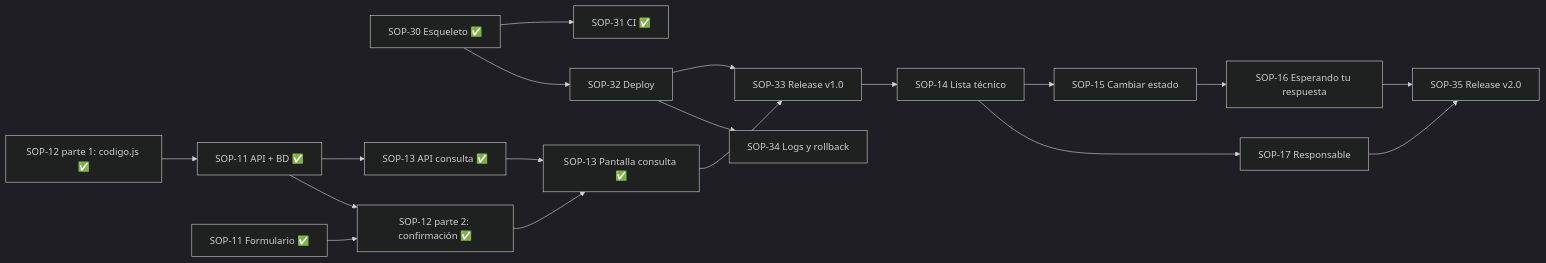
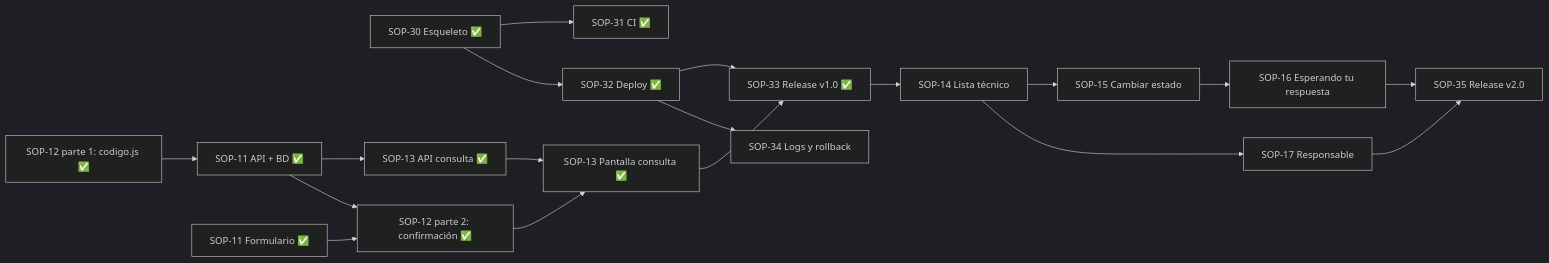
Before and after one commit to plag-soporte-eci/siguetucaso: the diagram in AGENTS.md, drawn with Mermaid (dark theme). The commit also changed other lines of this file and 3 other files, not shown here.

First line of the commit message:
SOP-33 Release v1.0: versión 1.0.0 y enlace de la demo (#17)

````diff
--- a/AGENTS.md
+++ b/AGENTS.md
@@ -183,20 +183,20 @@
 ```mermaid
 flowchart LR
   S30[SOP-30 Esqueleto ✅] --> S31[SOP-31 CI ✅]
-  S30 --> S32[SOP-32 Deploy]
+  S30 --> S32[SOP-32 Deploy ✅]
   S12a[SOP-12 parte 1: codigo.js ✅] --> S11b[SOP-11 API + BD ✅]
   S11b --> S13b[SOP-13 API consulta ✅]
   S11f[SOP-11 Formulario ✅] --> S12b[SOP-12 parte 2: confirmación ✅]
   S11b --> S12b
   S12b --> S13f[SOP-13 Pantalla consulta ✅]
   S13b --> S13f
-  S13f --> S33[SOP-33 Release v1.0]
+  S13f --> S33[SOP-33 Release v1.0 ✅]
   S32 --> S33
   S33 --> S14[SOP-14 Lista técnico]
   S14 --> S15[SOP-15 Cambiar estado]
   S15 --> S16[SOP-16 Esperando tu respuesta]
   S14 --> S17[SOP-17 Responsable]
   S16 --> S35[SOP-35 Release v2.0]
   S17 --> S35
   S32 --> S34[SOP-34 Logs y rollback]
 ```
````
